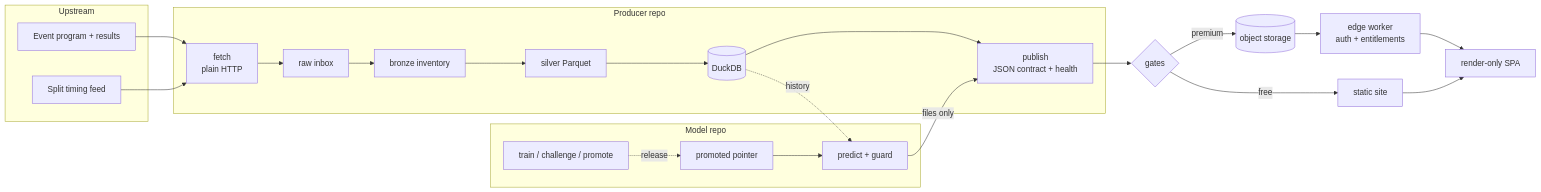
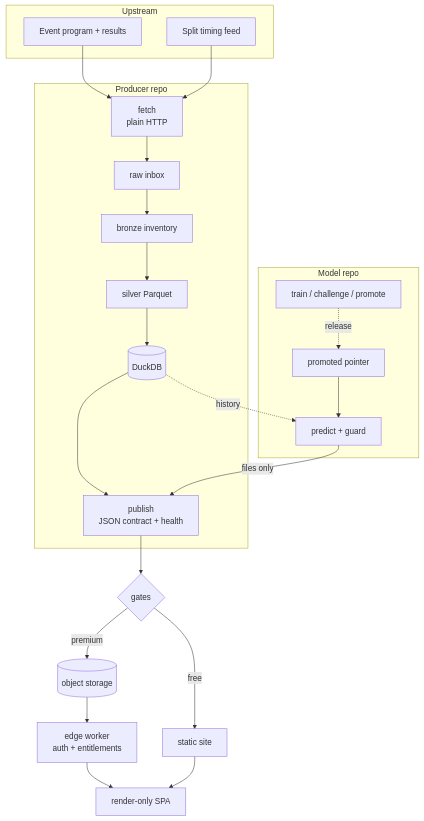
One commit to sheepit19-prog/daily-prediction-pipeline changed the diagram in README.md. Above: the diagram before and after it, drawn with Mermaid.

Commit message:
Draw the diagram top to bottom so it stays readable

````diff
--- a/README.md
+++ b/README.md
@@ -9,30 +9,30 @@
 ```mermaid
-flowchart LR
+flowchart TB
   subgraph SRC[Upstream]
     P[Event program + results]
     T[Split timing feed]
   end
 
   subgraph PROD[Producer repo]
     F[fetch<br/>plain HTTP] --> I[raw inbox]
     I --> B[bronze inventory] --> S[silver Parquet] --> D[(DuckDB)]
     D --> PUB[publish<br/>JSON contract + health]
   end
 
   subgraph MODEL[Model repo]
     M[train / challenge / promote] -.release.-> PT[promoted pointer]
     PT --> PR[predict + guard]
   end
 
   P --> F
   T --> F
   D -. history .-> PR
   PR -- files only --> PUB
 
   PUB --> G{gates}
   G -- premium --> R2[(object storage)]
   G -- free --> PAGES[static site]
   R2 --> W[edge worker<br/>auth + entitlements]
   W --> APP[render-only SPA]
   PAGES --> APP
 ```
````
